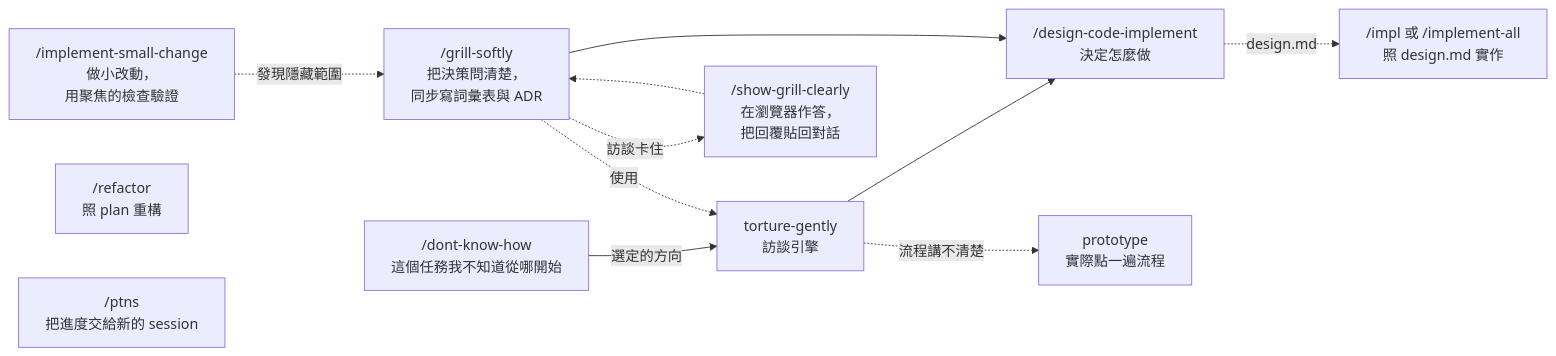
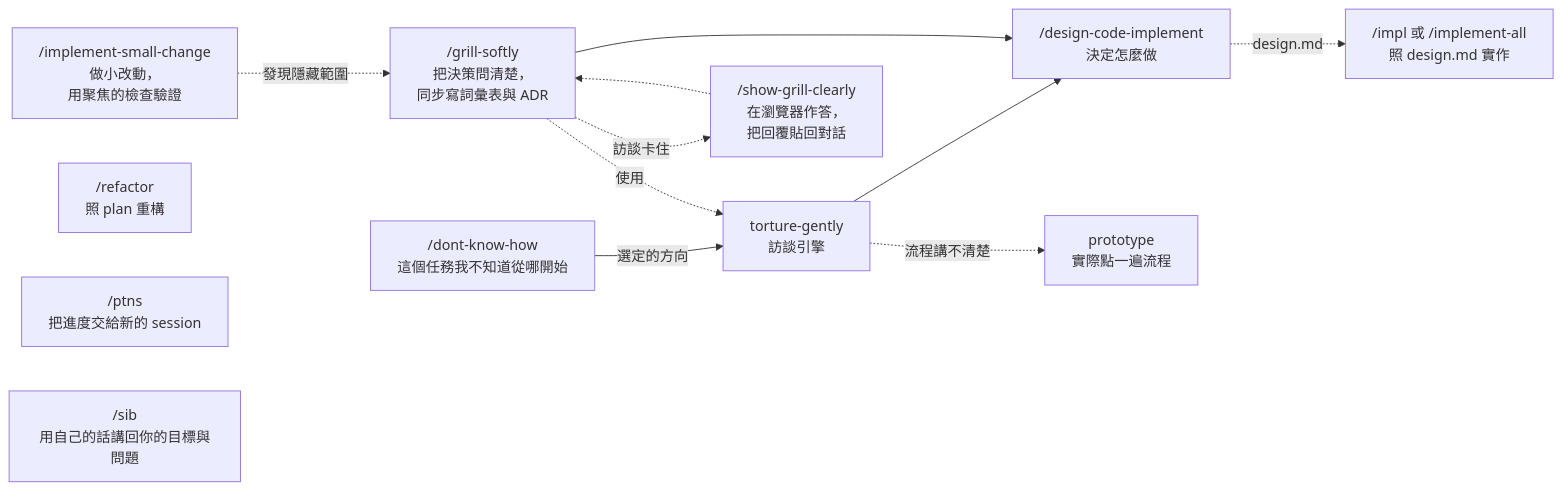
Before and after one commit to GUOJIE-HONG/skills: the diagram in README.zh-TW.md, drawn with Mermaid. The commit also changed 4 other files, not shown here.

````diff
--- a/README.zh-TW.md
+++ b/README.zh-TW.md
@@ -59,16 +59,17 @@
 ```mermaid
 flowchart LR
     A["/dont-know-how<br/>這個任務我不知道從哪開始"] -->|"選定的方向"| F["torture-gently<br/>訪談引擎"]
     F --> C
     F -. 流程講不清楚 .-> P["prototype<br/>實際點一遍流程"]
     B["/grill-softly<br/>把決策問清楚，<br/>同步寫詞彙表與 ADR"]
     B --> C["/design-code-implement<br/>決定怎麼做"]
     D["/implement-small-change<br/>做小改動，<br/>用聚焦的檢查驗證"]
     R["/refactor<br/>照 plan 重構"]
     H["/ptns<br/>把進度交給新的 session"]
+    S["/sib<br/>用自己的話講回你的目標與問題"]
     C -.->|"design.md"| G["/impl 或 /implement-all<br/>照 design.md 實作"]
     B -. 訪談卡住 .-> E["/show-grill-clearly<br/>在瀏覽器作答，<br/>把回覆貼回對話"]
     E -.-> B
     B -. 使用 .-> F
     D -. 發現隱藏範圍 .-> B
 ```
````
